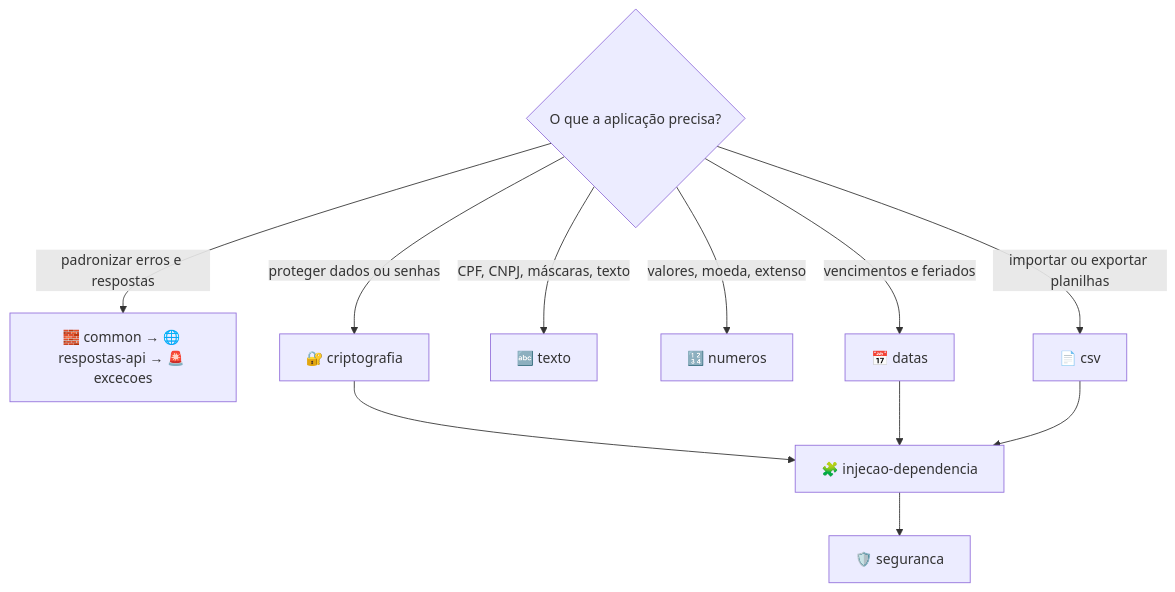
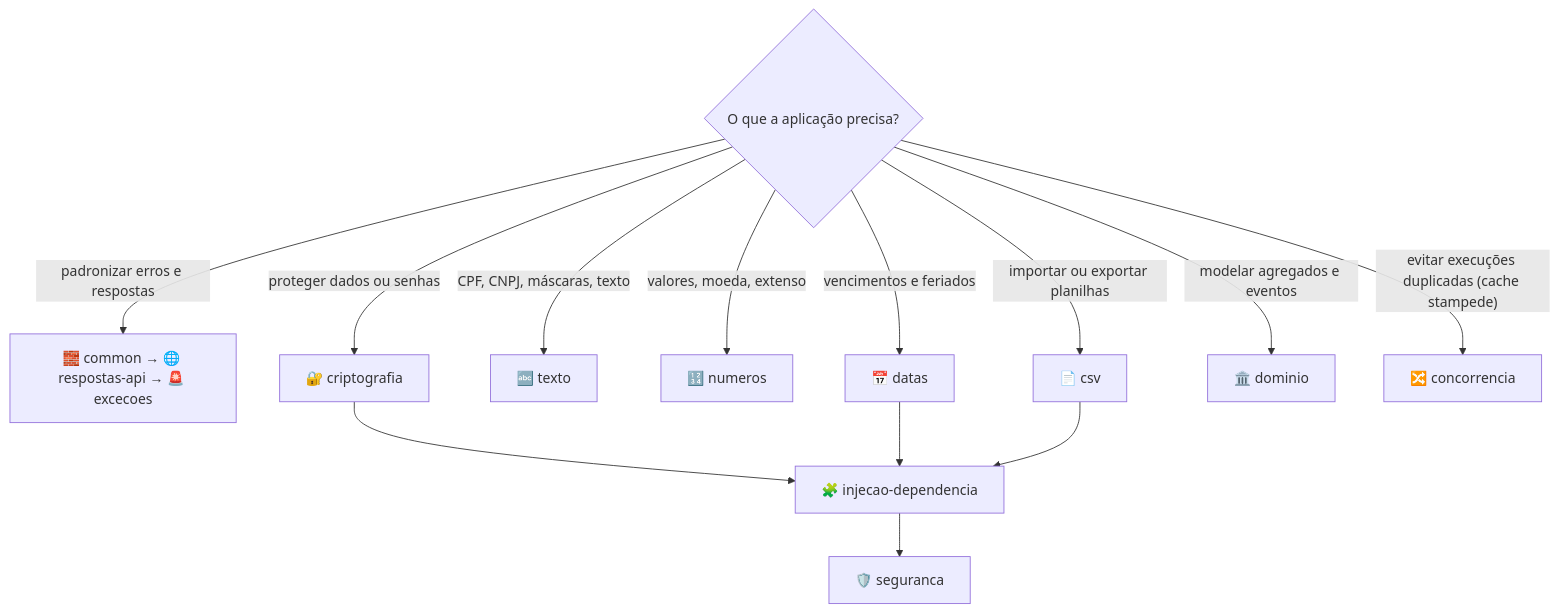
One commit to tudoemcodigo/lib-tec-core changed the second of 2 diagrams in docs/README.md. Above: the diagram before and after it, drawn with Mermaid. The commit also changed other lines of this file and 56 other files, not shown here.

````diff
--- a/docs/README.md
+++ b/docs/README.md
@@ -75,13 +81,15 @@
 ```mermaid
 flowchart TD
     Q{"O que a aplicação precisa?"} -->|"padronizar erros e respostas"| R["🧱 common → 🌐 respostas-api → 🚨 excecoes"]
     Q -->|"proteger dados ou senhas"| C["🔐 criptografia"]
     Q -->|"CPF, CNPJ, máscaras, texto"| T["🔤 texto"]
     Q -->|"valores, moeda, extenso"| N["🔢 numeros"]
     Q -->|"vencimentos e feriados"| D["📅 datas"]
     Q -->|"importar ou exportar planilhas"| CSV["📄 csv"]
+    Q -->|"modelar agregados e eventos"| DO["🏛️ dominio"]
+    Q -->|"evitar execuções duplicadas (cache stampede)"| CC["🔀 concorrencia"]
     C --> DI["🧩 injecao-dependencia"]
     D --> DI
     CSV --> DI
     DI --> S["🛡️ seguranca"]
 ```
````
